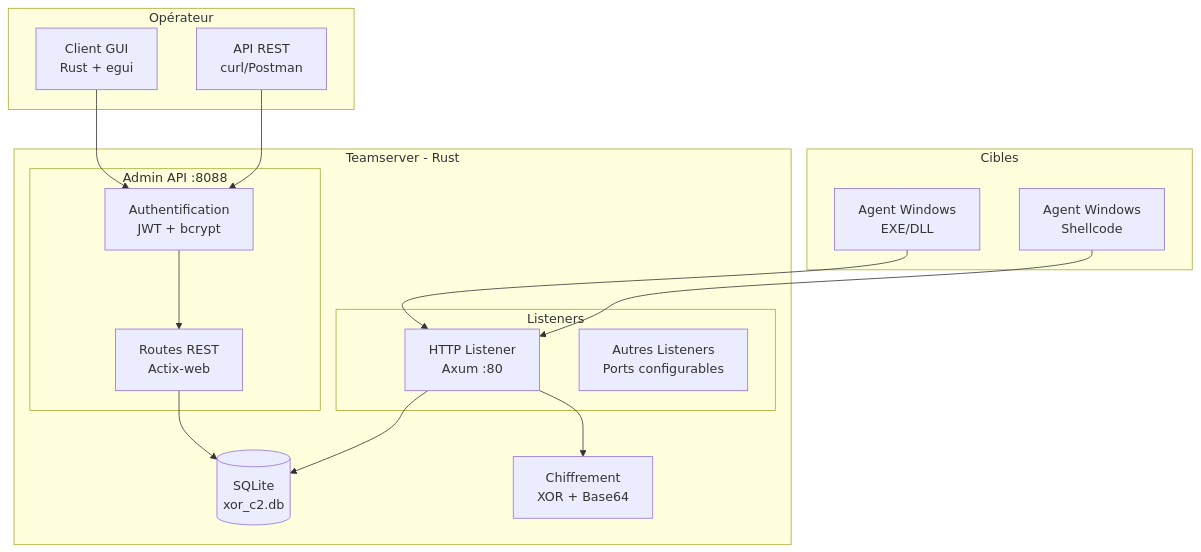
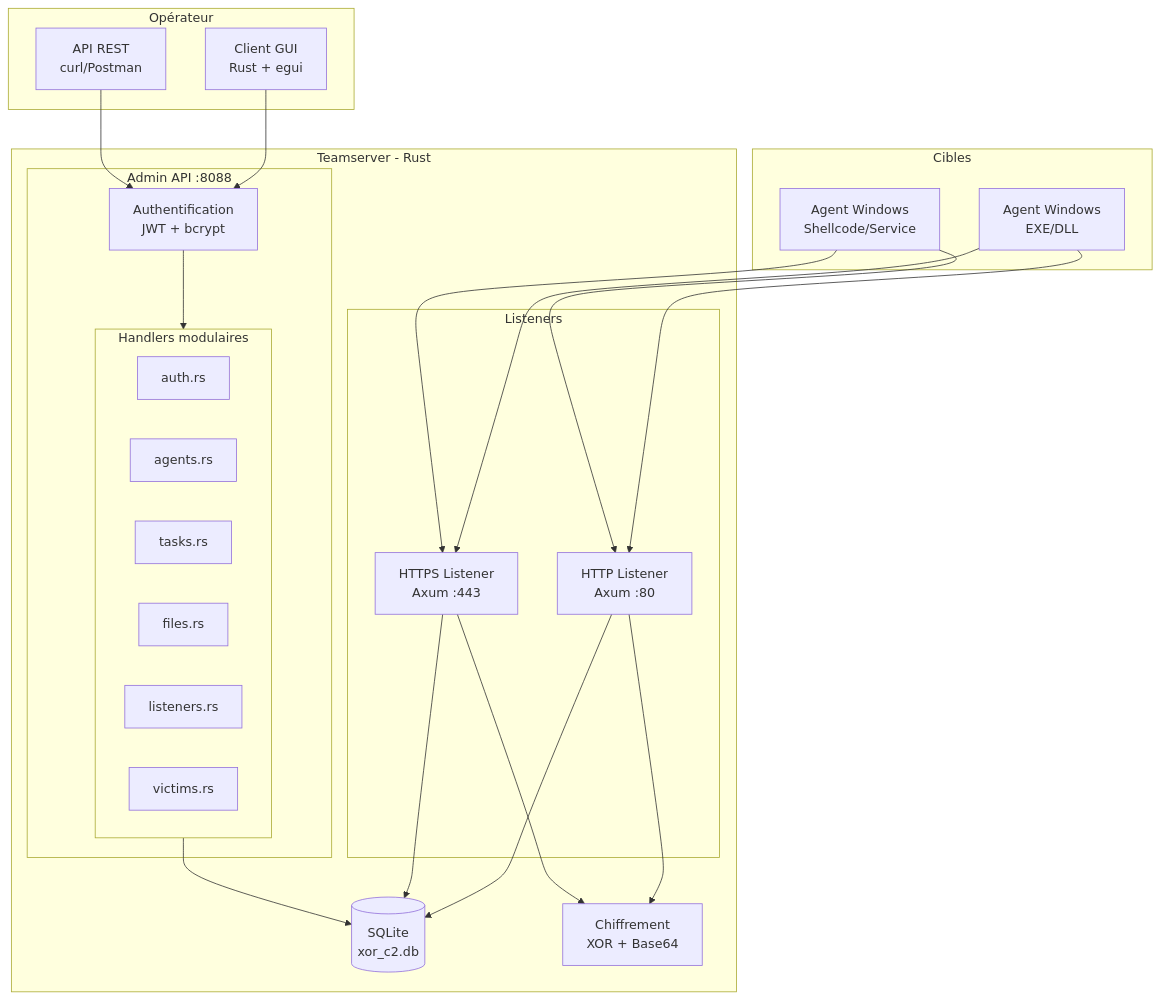
One commit to Xor290/C2-XOR changed the first of 5 diagrams in docs/BACKEND.md. Above: the diagram before and after it, drawn with Mermaid. The commit also changed other lines of this file and 11 other files, not shown here.

````diff
--- a/docs/BACKEND.md
+++ b/docs/BACKEND.md
@@ -12,36 +12,47 @@
 ```mermaid
 flowchart TB
     subgraph Operator["Opérateur"]
         GUI[Client GUI<br/>Rust + egui]
         CLI[API REST<br/>curl/Postman]
     end
 
     subgraph Backend["Teamserver - Rust"]
         subgraph AdminAPI["Admin API :8088"]
             Auth[Authentification<br/>JWT + bcrypt]
-            Routes[Routes REST<br/>Actix-web]
+            subgraph Handlers["Handlers modulaires"]
+                H1[auth.rs]
+                H2[agents.rs]
+                H3[tasks.rs]
+                H4[files.rs]
+                H5[listeners.rs]
+                H6[victims.rs]
+            end
         end
         
         subgraph Listeners["Listeners"]
             HTTP[HTTP Listener<br/>Axum :80]
-            HTTP2[Autres Listeners<br/>Ports configurables]
+            HTTPS[HTTPS Listener<br/>Axum :443]
         end
         
         DB[(SQLite<br/>xor_c2.db)]
         Crypto[Chiffrement<br/>XOR + Base64]
     end
 
     subgraph Targets["Cibles"]
         Agent1[Agent Windows<br/>EXE/DLL]
-        Agent2[Agent Windows<br/>Shellcode]
+        Agent2[Agent Windows<br/>Shellcode/Service]
     end
 
     GUI --> Auth
     CLI --> Auth
-    Auth --> Routes
-    Routes --> DB
+    Auth --> Handlers
+    Handlers --> DB
     HTTP --> DB
+    HTTPS --> DB
     HTTP --> Crypto
+    HTTPS --> Crypto
     Agent1 --> HTTP
+    Agent1 --> HTTPS
     Agent2 --> HTTP
+    Agent2 --> HTTPS
 ```
````
